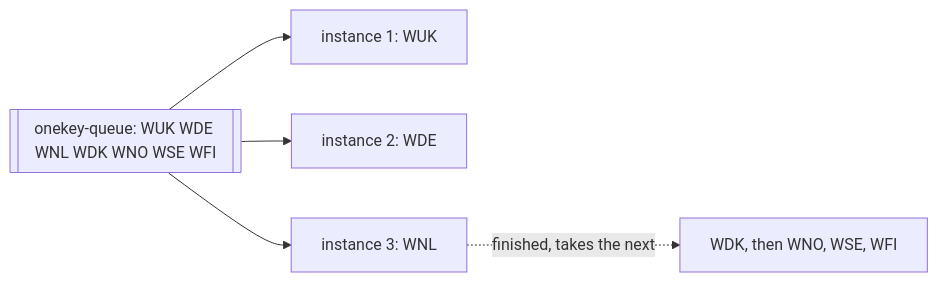
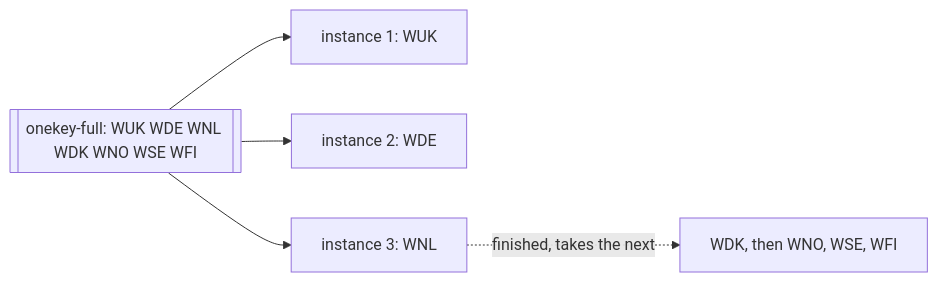
One commit to duncan-doan/onekey-paion-integration changed the fifth of 5 diagrams in docs/QUEUE_ARCHITECTURE.md. Above: the diagram before and after it, drawn with Mermaid. The commit also changed other lines of this file and 10 other files, not shown here.

````diff
--- a/docs/QUEUE_ARCHITECTURE.md
+++ b/docs/QUEUE_ARCHITECTURE.md
@@ -125,8 +169,8 @@
 ```mermaid
 flowchart LR
-    Q[["onekey-queue: WUK WDE WNL WDK WNO WSE WFI"]]
+    Q[["onekey-full: WUK WDE WNL WDK WNO WSE WFI"]]
     Q --> I1["instance 1: WUK"]
     Q --> I2["instance 2: WDE"]
     Q --> I3["instance 3: WNL"]
     I3 -.->|"finished, takes the next"| N["WDK, then WNO, WSE, WFI"]
 ```
````
